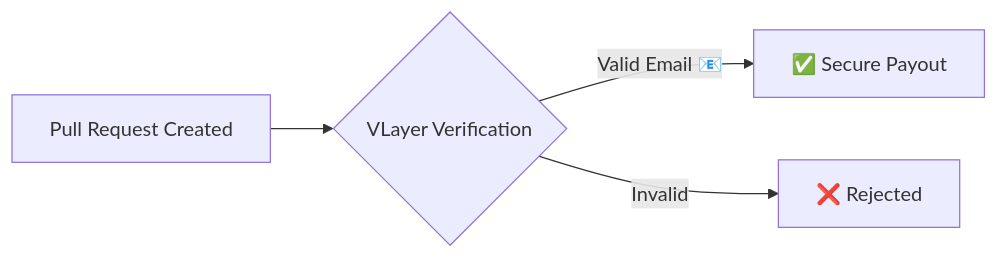
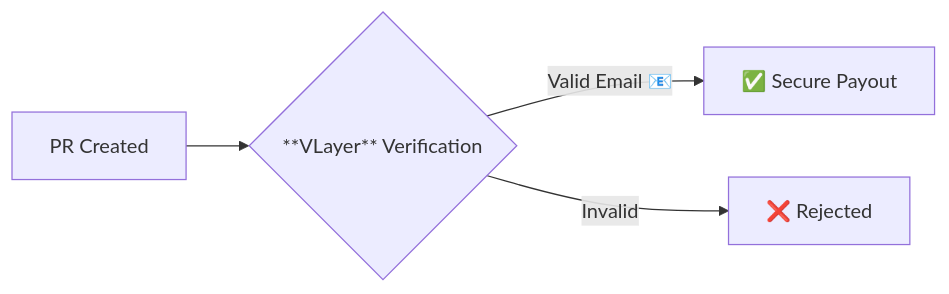
Before and after one commit to b3ww/ethglobal: the fourth of 4 diagrams in README.md, drawn with Mermaid. The commit also changed other lines of this file, not shown here.

````diff
--- a/README.md
+++ b/README.md
@@ -111,6 +104,6 @@
 ```mermaid
 graph LR
-    A[Pull Request Created] --> B{VLayer Verification}
+    A[PR Created] --> B{**VLayer** Verification}
     B -->|Valid Email 📧| C[✅ Secure Payout]
     B -->|Invalid| D[❌ Rejected]
 ```
````
